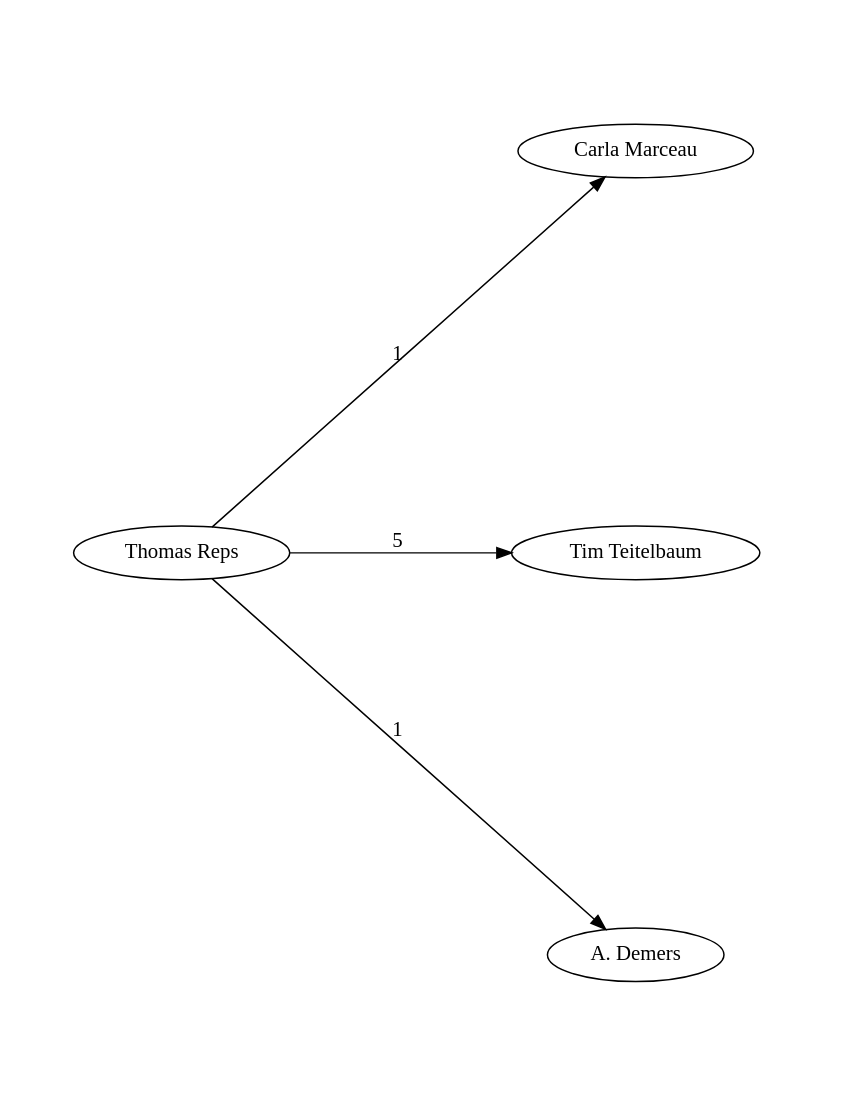
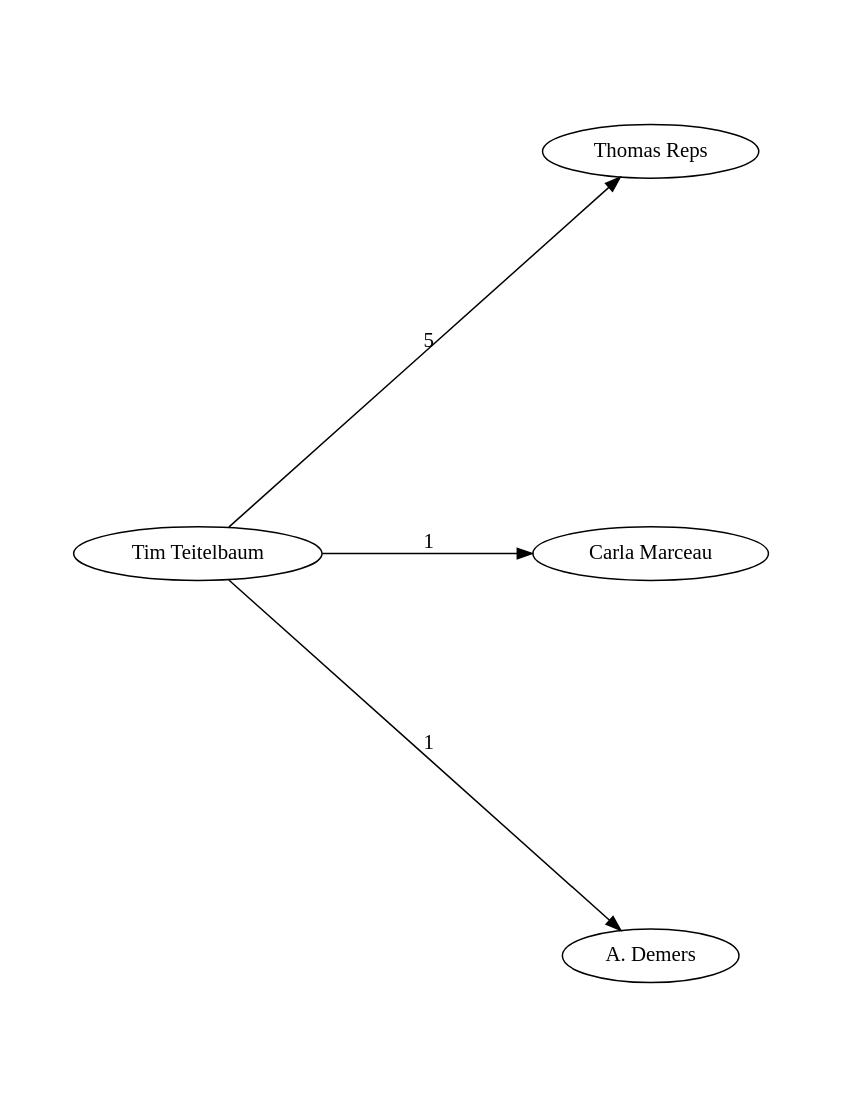
The diagram in testes/res_dot.dot (b-p3r/PL1516), drawn with Graphviz before and after one commit. The commit also changed 3 other files, not shown here.

```diff
--- a/testes/res_dot.dot
+++ b/testes/res_dot.dot
@@ -1,9 +1,9 @@
 strict digraph G {
   ratio=fill;
   size="7.5,10"
   center=true;
   rankdir=LR;
-"Thomas Reps" -> "Carla Marceau"		[label = 1	];
-"Thomas Reps" -> "Tim Teitelbaum"		[label = 5	];
-"Thomas Reps" -> "A. Demers"		[label = 1	];
+"Tim Teitelbaum" -> "Thomas Reps"		[label = 5	];
+"Tim Teitelbaum" -> "Carla Marceau"		[label = 1	];
+"Tim Teitelbaum" -> "A. Demers"		[label = 1	];
 }
```
